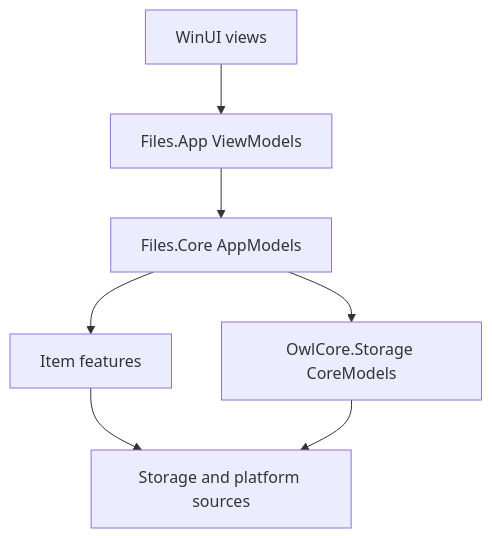
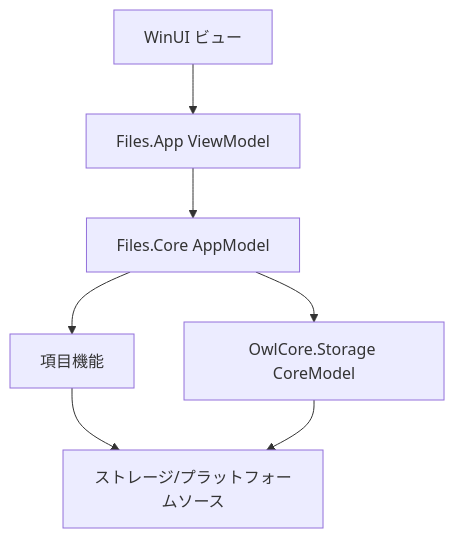
Before and after one commit to 0x5bfa/Files: the first of 2 diagrams in docs/architecture/README.md, drawn with Mermaid. The commit also changed other lines of this file and 18 other files, not shown here.

Commit message:
Translate architecture docs to Japanese

````diff
--- a/docs/architecture/README.md
+++ b/docs/architecture/README.md
@@ -10,16 +8,16 @@
 ```mermaid
 flowchart TB
-    Views["WinUI views"]
-    ViewModels["Files.App ViewModels"]
-    AppModels["Files.Core AppModels"]
-    ItemFeatures["Item features"]
-    CoreModels["OwlCore.Storage CoreModels"]
-    Sources["Storage and platform sources"]
+    Views["WinUI ビュー"]
+    ViewModels["Files.App ViewModel"]
+    AppModels["Files.Core AppModel"]
+    ItemFeatures["項目機能"]
+    CoreModels["OwlCore.Storage CoreModel"]
+    Sources["ストレージ/プラットフォームソース"]
 
     Views --> ViewModels
     ViewModels --> AppModels
     AppModels --> ItemFeatures
     AppModels --> CoreModels
     ItemFeatures --> Sources
     CoreModels --> Sources
 ```
````
